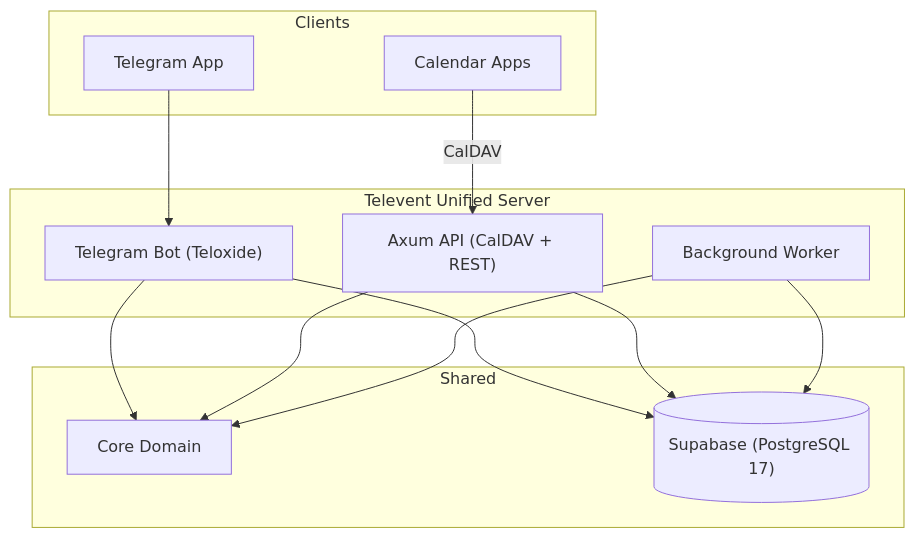
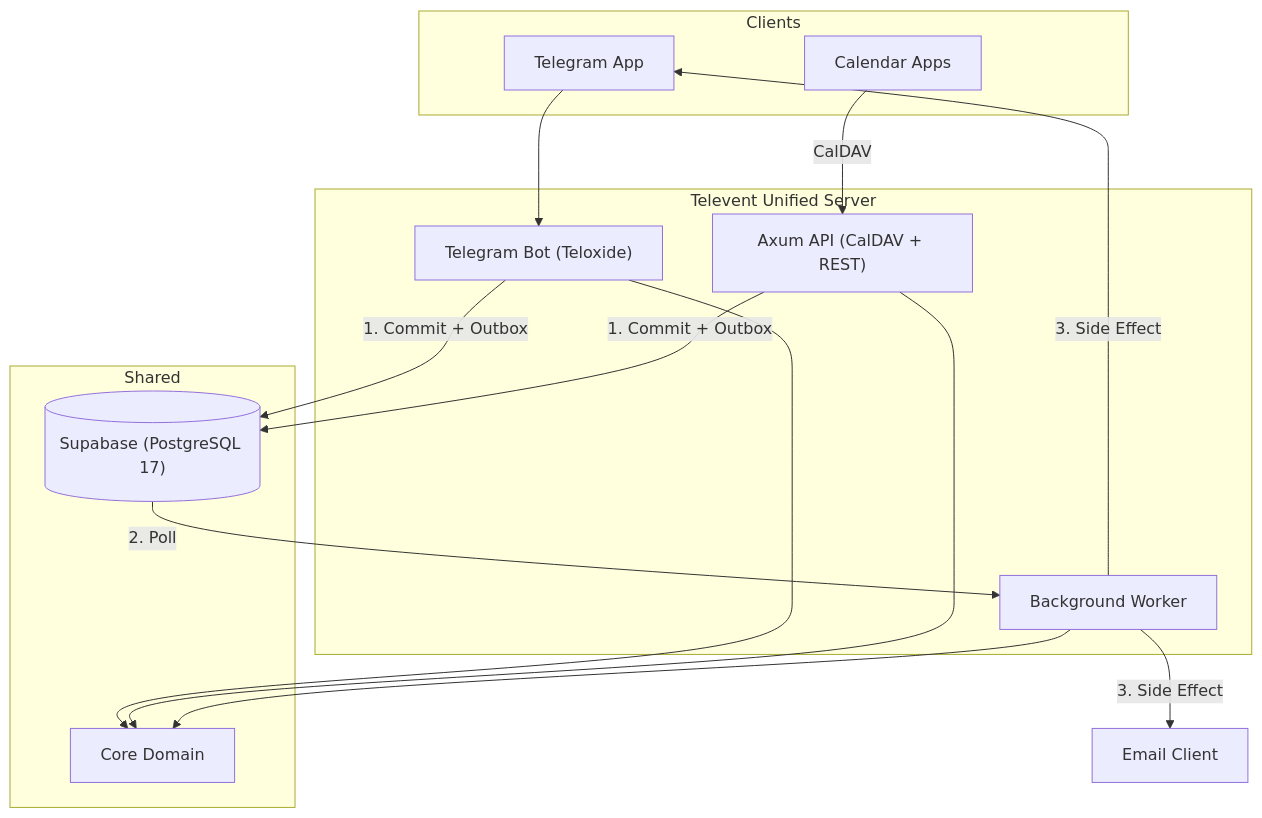
One commit to kirilledition/televent changed the first of 2 diagrams in README.md. Above: the diagram before and after it, drawn with Mermaid. The commit also changed other lines of this file and 24 other files, not shown here.

Commit message:
feat: Implement distinct timed and all-day event types with database schema migration and API updates.

````diff
--- a/README.md
+++ b/README.md
@@ -11,29 +11,31 @@
 ```mermaid
 flowchart TB
     subgraph Clients
         TG["Telegram App"]
         CAL["Calendar Apps"]
     end
 
     subgraph "Televent Unified Server"
         API["Axum API (CalDAV + REST)"]
         BOT["Telegram Bot (Teloxide)"]
         WORKER["Background Worker"]
     end
 
     subgraph Shared
         CORE["Core Domain"]
         DB[("Supabase (PostgreSQL 17)")]
     end
 
     TG --> BOT
     CAL -->|CalDAV| API
     
     BOT --> CORE
     API --> CORE
     WORKER --> CORE
     
-    BOT --> DB
-    API --> DB
-    WORKER --> DB
+    BOT -->|1. Commit + Outbox| DB
+    API -->|1. Commit + Outbox| DB
+    DB -->|2. Poll| WORKER
+    WORKER -->|3. Side Effect| TG
+    WORKER -->|3. Side Effect| EMAIL["Email Client"]
 ```
````
